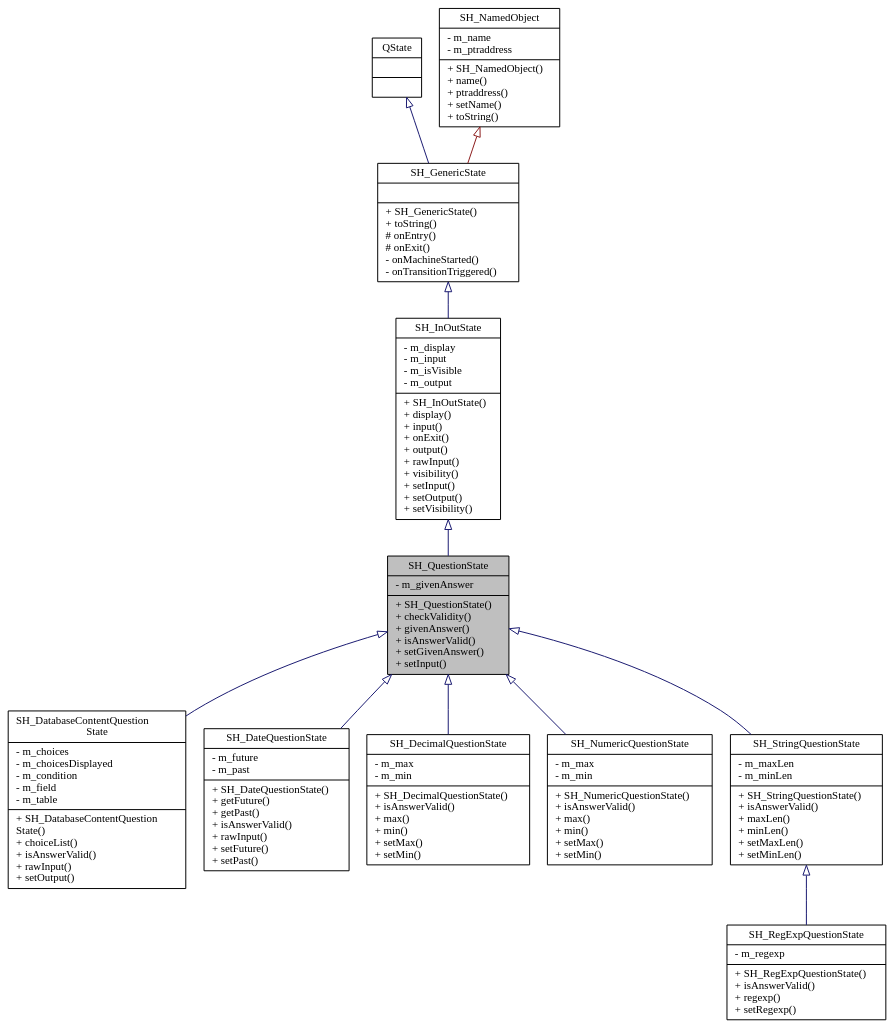
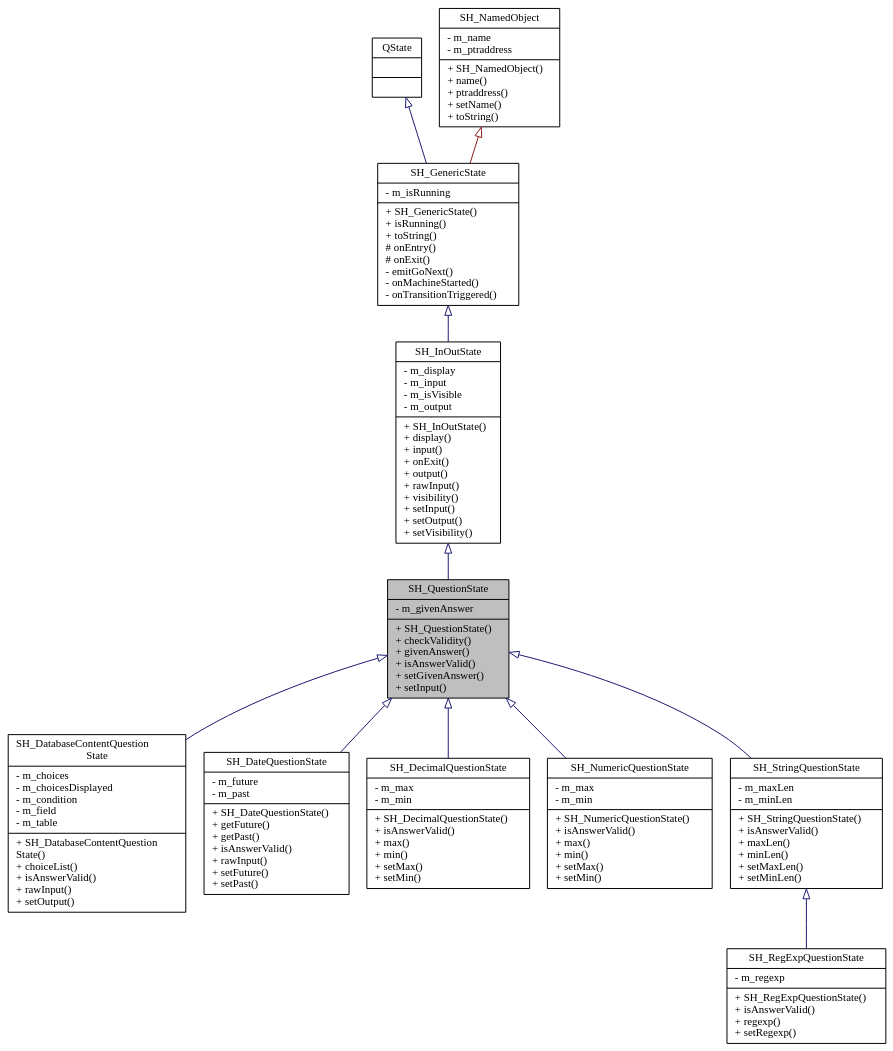
The diagram in PreCheck/doxygen-latex/classSH__QuestionState__inherit__graph.dot (tiffmaelite/hotel-precheck), drawn with Graphviz before and after one commit. The commit also changed 3610 other files, not shown here.

```diff
--- a/PreCheck/doxygen-latex/classSH__QuestionState__inherit__graph.dot
+++ b/PreCheck/doxygen-latex/classSH__QuestionState__inherit__graph.dot
@@ -1,28 +1,28 @@
 digraph "SH_QuestionState"
 {
  // INTERACTIVE_SVG=YES
   bgcolor="transparent";
   edge [fontname="Verdana",fontsize="11",labelfontname="Verdana",labelfontsize="11"];
   node [fontname="Verdana",fontsize="11",shape=record];
   Node1 [label="{SH_QuestionState\n|- m_givenAnswer\l|+ SH_QuestionState()\l+ checkValidity()\l+ givenAnswer()\l+ isAnswerValid()\l+ setGivenAnswer()\l+ setInput()\l}",height=0.2,width=0.4,color="black", fillcolor="grey75", style="filled" fontcolor="black"];
   Node2 -> Node1 [dir="back",color="midnightblue",fontsize="11",style="solid",arrowtail="onormal"];
   Node2 [label="{SH_InOutState\n|- m_display\l- m_input\l- m_isVisible\l- m_output\l|+ SH_InOutState()\l+ display()\l+ input()\l+ onExit()\l+ output()\l+ rawInput()\l+ visibility()\l+ setInput()\l+ setOutput()\l+ setVisibility()\l}",height=0.2,width=0.4,color="black",URL="$classSH__InOutState.html"];
   Node3 -> Node2 [dir="back",color="midnightblue",fontsize="11",style="solid",arrowtail="onormal"];
-  Node3 [label="{SH_GenericState\n||+ SH_GenericState()\l+ toString()\l# onEntry()\l# onExit()\l- onMachineStarted()\l- onTransitionTriggered()\l}",height=0.2,width=0.4,color="black",URL="$classSH__GenericState.html"];
+  Node3 [label="{SH_GenericState\n|- m_isRunning\l|+ SH_GenericState()\l+ isRunning()\l+ toString()\l# onEntry()\l# onExit()\l- emitGoNext()\l- onMachineStarted()\l- onTransitionTriggered()\l}",height=0.2,width=0.4,color="black",URL="$classSH__GenericState.html"];
   Node4 -> Node3 [dir="back",color="midnightblue",fontsize="11",style="solid",arrowtail="onormal"];
   Node4 [label="{QState\n||}",height=0.2,width=0.4,color="black",URL="$classQState.html"];
   Node5 -> Node3 [dir="back",color="firebrick4",fontsize="11",style="solid",arrowtail="onormal"];
   Node5 [label="{SH_NamedObject\n|- m_name\l- m_ptraddress\l|+ SH_NamedObject()\l+ name()\l+ ptraddress()\l+ setName()\l+ toString()\l}",height=0.2,width=0.4,color="black",URL="$classSH__NamedObject.html"];
   Node1 -> Node6 [dir="back",color="midnightblue",fontsize="11",style="solid",arrowtail="onormal"];
   Node6 [label="{SH_DatabaseContentQuestion\lState\n|- m_choices\l- m_choicesDisplayed\l- m_condition\l- m_field\l- m_table\l|+ SH_DatabaseContentQuestion\lState()\l+ choiceList()\l+ isAnswerValid()\l+ rawInput()\l+ setOutput()\l}",height=0.2,width=0.4,color="black",URL="$classSH__DatabaseContentQuestionState.html"];
   Node1 -> Node7 [dir="back",color="midnightblue",fontsize="11",style="solid",arrowtail="onormal"];
   Node7 [label="{SH_DateQuestionState\n|- m_future\l- m_past\l|+ SH_DateQuestionState()\l+ getFuture()\l+ getPast()\l+ isAnswerValid()\l+ rawInput()\l+ setFuture()\l+ setPast()\l}",height=0.2,width=0.4,color="black",URL="$classSH__DateQuestionState.html"];
   Node1 -> Node8 [dir="back",color="midnightblue",fontsize="11",style="solid",arrowtail="onormal"];
   Node8 [label="{SH_DecimalQuestionState\n|- m_max\l- m_min\l|+ SH_DecimalQuestionState()\l+ isAnswerValid()\l+ max()\l+ min()\l+ setMax()\l+ setMin()\l}",height=0.2,width=0.4,color="black",URL="$classSH__DecimalQuestionState.html"];
   Node1 -> Node9 [dir="back",color="midnightblue",fontsize="11",style="solid",arrowtail="onormal"];
   Node9 [label="{SH_NumericQuestionState\n|- m_max\l- m_min\l|+ SH_NumericQuestionState()\l+ isAnswerValid()\l+ max()\l+ min()\l+ setMax()\l+ setMin()\l}",height=0.2,width=0.4,color="black",URL="$classSH__NumericQuestionState.html"];
   Node1 -> Node10 [dir="back",color="midnightblue",fontsize="11",style="solid",arrowtail="onormal"];
   Node10 [label="{SH_StringQuestionState\n|- m_maxLen\l- m_minLen\l|+ SH_StringQuestionState()\l+ isAnswerValid()\l+ maxLen()\l+ minLen()\l+ setMaxLen()\l+ setMinLen()\l}",height=0.2,width=0.4,color="black",URL="$classSH__StringQuestionState.html"];
   Node10 -> Node11 [dir="back",color="midnightblue",fontsize="11",style="solid",arrowtail="onormal"];
   Node11 [label="{SH_RegExpQuestionState\n|- m_regexp\l|+ SH_RegExpQuestionState()\l+ isAnswerValid()\l+ regexp()\l+ setRegexp()\l}",height=0.2,width=0.4,color="black",URL="$classSH__RegExpQuestionState.html",tooltip="The SH_RegExpQuestionState class. "];
 }
```
